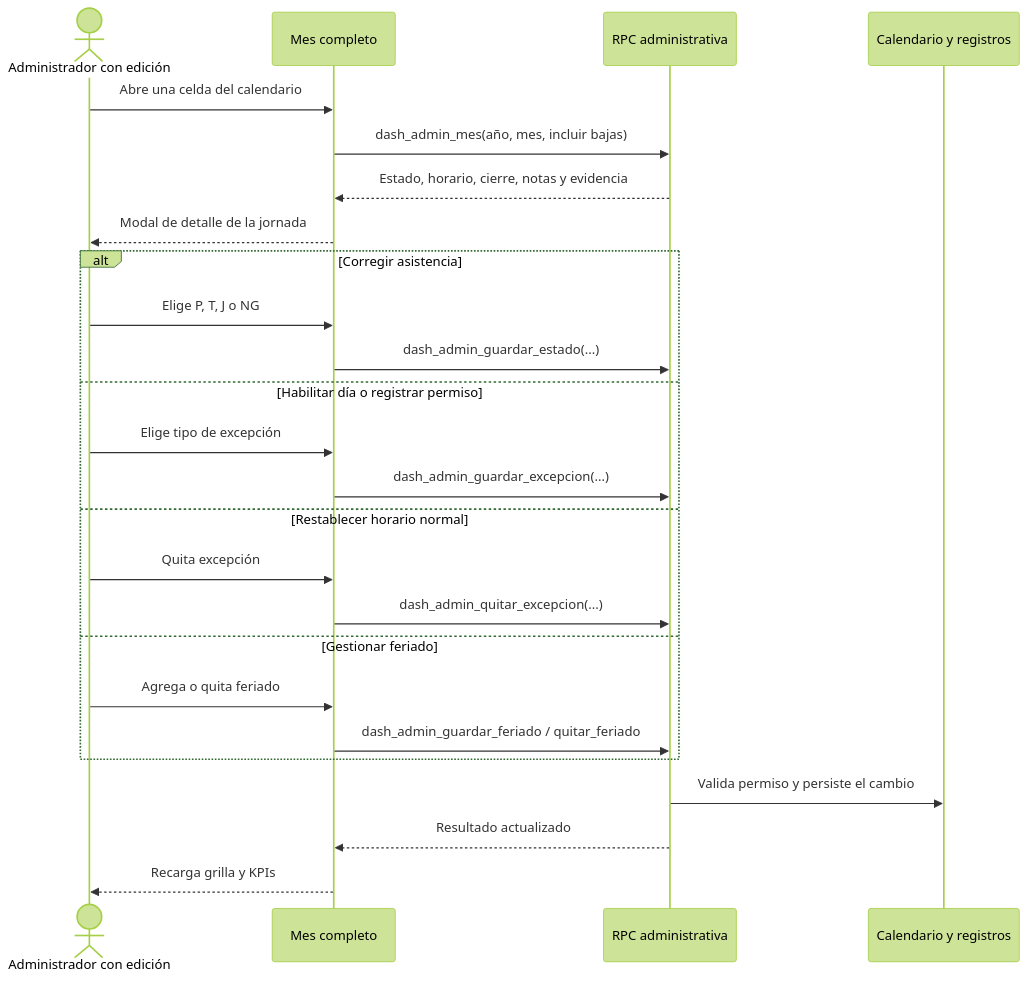
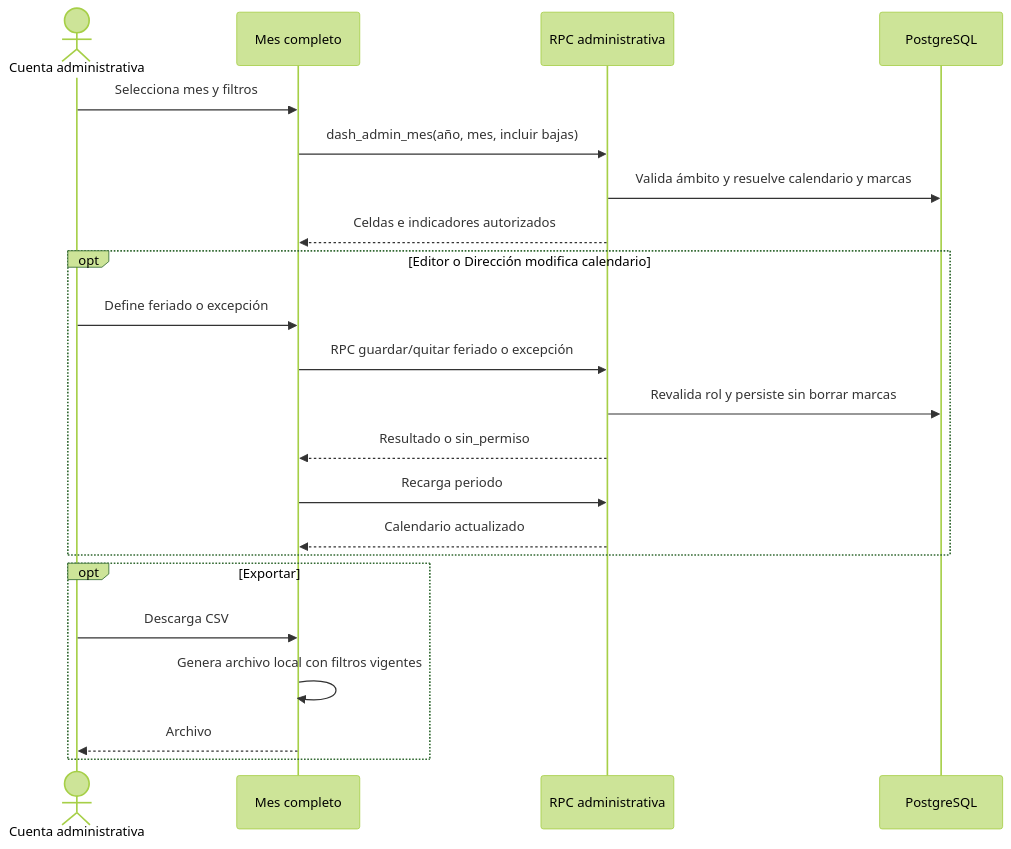
Before and after one commit to kjabienestar-ux/KJA: the third of 22 diagrams in docs/20-diagramas-secuencia-administracion.md, drawn with Mermaid (forest theme). The commit also changed other lines of this file and 4 other files, not shown here.

````diff
--- a/docs/20-diagramas-secuencia-administracion.md
+++ b/docs/20-diagramas-secuencia-administracion.md
@@ -72,28 +86,24 @@
 ```mermaid
 sequenceDiagram
-    actor Admin as Administrador con edición
-    participant Web as Mes completo
-    participant RPC as RPC administrativa
-    participant DB as Calendario y registros
-
-    Admin->>Web: Abre una celda del calendario
-    Web->>RPC: dash_admin_mes(año, mes, incluir bajas)
-    RPC-->>Web: Estado, horario, cierre, notas y evidencia
-    Web-->>Admin: Modal de detalle de la jornada
-    alt Corregir asistencia
-        Admin->>Web: Elige P, T, J o NG
-        Web->>RPC: dash_admin_guardar_estado(...)
-    else Habilitar día o registrar permiso
-        Admin->>Web: Elige tipo de excepción
-        Web->>RPC: dash_admin_guardar_excepcion(...)
-    else Restablecer horario normal
-        Admin->>Web: Quita excepción
-        Web->>RPC: dash_admin_quitar_excepcion(...)
-    else Gestionar feriado
-        Admin->>Web: Agrega o quita feriado
-        Web->>RPC: dash_admin_guardar_feriado / quitar_feriado
+    actor U as Cuenta administrativa
+    participant W as Mes completo
+    participant R as RPC administrativa
+    participant B as PostgreSQL
+    U->>W: Selecciona mes y filtros
+    W->>R: dash_admin_mes(año, mes, incluir bajas)
+    R->>B: Valida ámbito y resuelve calendario y marcas
+    R-->>W: Celdas e indicadores autorizados
+    opt Editor o Dirección modifica calendario
+    U->>W: Define feriado o excepción
+    W->>R: RPC guardar/quitar feriado o excepción
+    R->>B: Revalida rol y persiste sin borrar marcas
+    R-->>W: Resultado o sin_permiso
+    W->>R: Recarga periodo
+    R-->>W: Calendario actualizado
     end
-    RPC->>DB: Valida permiso y persiste el cambio
-    RPC-->>Web: Resultado actualizado
-    Web-->>Admin: Recarga grilla y KPIs
+    opt Exportar
+    U->>W: Descarga CSV
+    W->>W: Genera archivo local con filtros vigentes
+    W-->>U: Archivo
+    end
 ```
````
